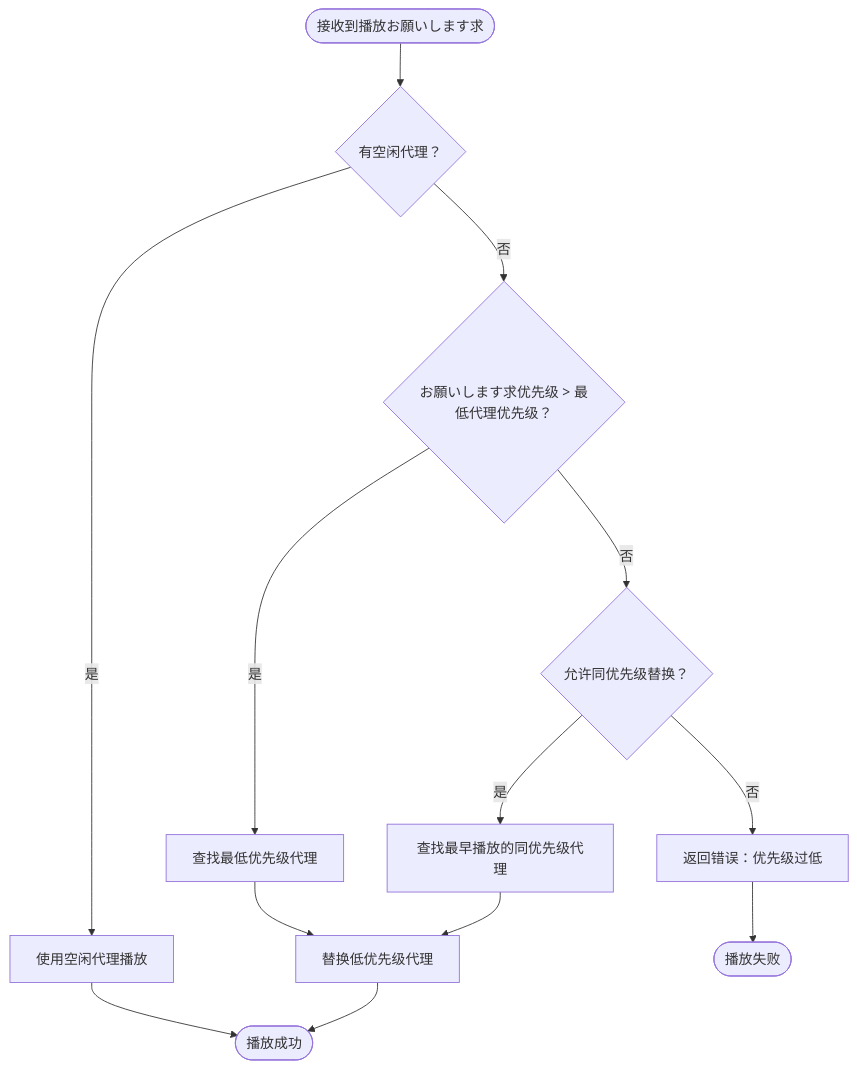
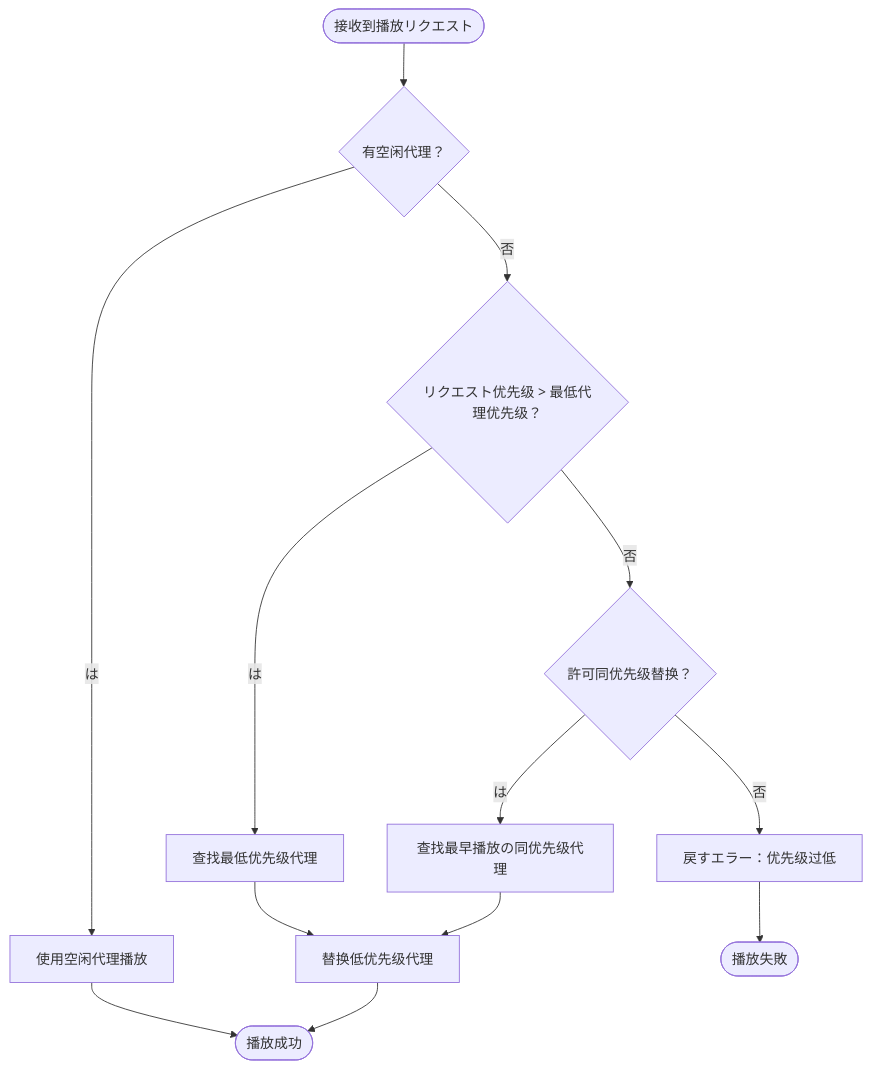
The fifth of 5 diagrams in docs/ja/client/unity/component/sound/05.sound-manager.md (AlianBlank/GameFrameX.Docs), drawn with Mermaid before and after one commit. The commit also changed other lines of this file and 320 other files, not shown here.

````diff
--- a/docs/ja/client/unity/component/sound/05.sound-manager.md
+++ b/docs/ja/client/unity/component/sound/05.sound-manager.md
@@ -279,21 +279,21 @@
 ```mermaid
 flowchart TD
-    Start([接收到播放お願いします求]) --> CheckFree{有空闲代理？}
+    Start([接收到播放リクエスト]) --> CheckFree{有空闲代理？}
     
-    CheckFree -->|是| UseFree[使用空闲代理播放]
-    CheckFree -->|否| CheckPriority{お願いします求优先级 > 最低代理优先级？}
+    CheckFree -->|は| UseFree[使用空闲代理播放]
+    CheckFree -->|否| CheckPriority{リクエスト优先级 > 最低代理优先级？}
     
-    CheckPriority -->|是| FindLowest[查找最低优先级代理]
-    CheckPriority -->|否| CheckSamePriority{允许同优先级替换？}
+    CheckPriority -->|は| FindLowest[查找最低优先级代理]
+    CheckPriority -->|否| CheckSamePriority{許可同优先级替换？}
     
     FindLowest --> Replace[替换低优先级代理]
     
-    CheckSamePriority -->|是| FindOldest[查找最早播放的同优先级代理]
-    CheckSamePriority -->|否| Reject[返回错误：优先级过低]
+    CheckSamePriority -->|は| FindOldest[查找最早播放の同优先级代理]
+    CheckSamePriority -->|否| Reject[戻すエラー：优先级过低]
     
     FindOldest --> Replace
     
     UseFree --> Done([播放成功])
     Replace --> Done
-    Reject --> Fail([播放失败])
+    Reject --> Fail([播放失敗])
 ```
````
